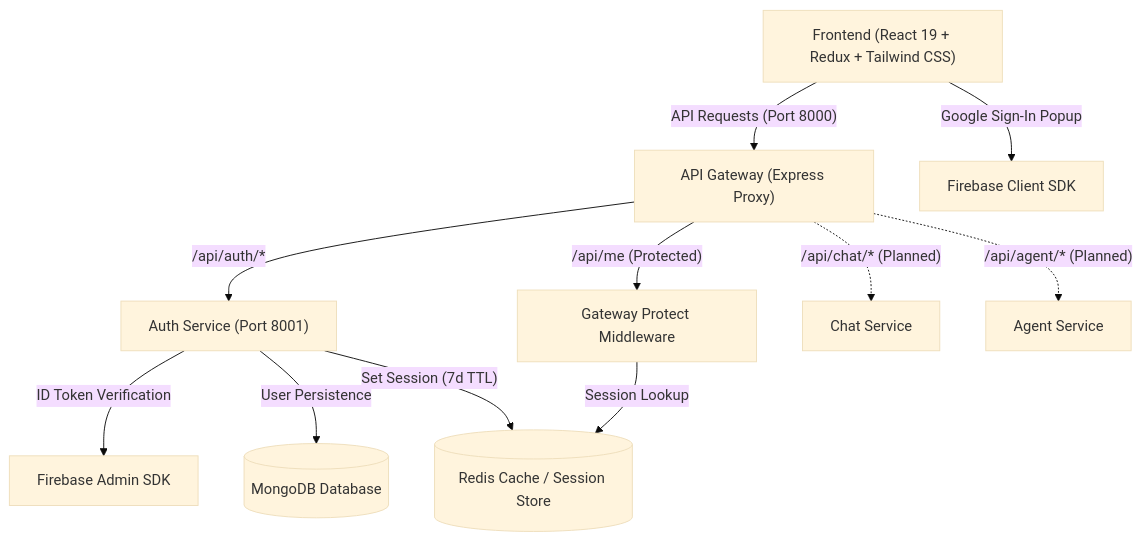
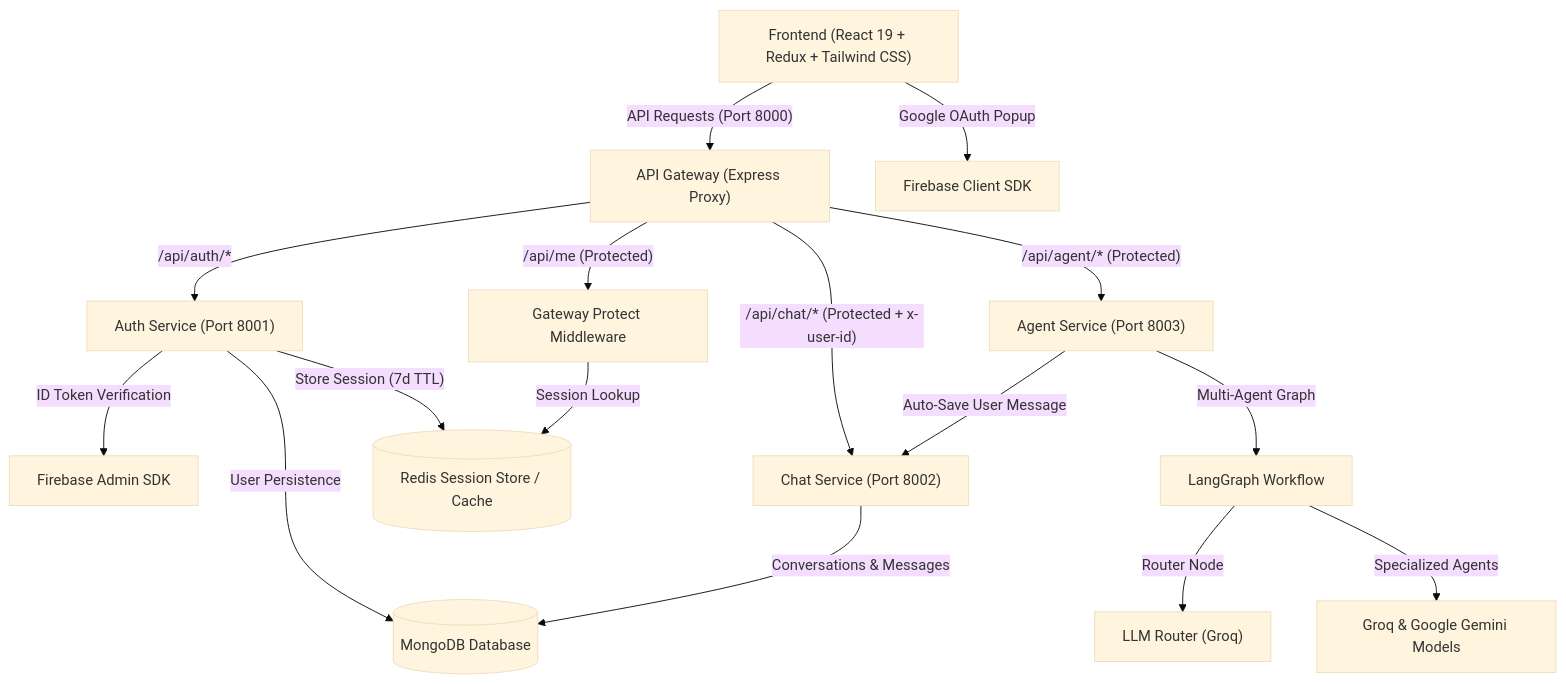
The first of 2 diagrams in README.md (Rahul-g-7/cortex_ai), drawn with Mermaid (base theme) before and after one commit. The commit also changed other lines of this file, not shown here.

Commit message:
docs: update README with LangGraph multi-agent architecture and microservices details

````diff
--- a/README.md
+++ b/README.md
@@ -17,16 +19,25 @@
 ```mermaid
 graph TD
     Client["Frontend (React 19 + Redux + Tailwind CSS)"] -->|"API Requests (Port 8000)"| Gateway["API Gateway (Express Proxy)"]
-    
+
     Gateway -->|"/api/auth/*"| AuthService["Auth Service (Port 8001)"]
     Gateway -->|"/api/me (Protected)"| GatewayAuth["Gateway Protect Middleware"]
-    Gateway -.->|"/api/chat/* (Planned)"| ChatService["Chat Service"]
-    Gateway -.->|"/api/agent/* (Planned)"| AgentService["Agent Service"]
+    Gateway -->|"/api/chat/* (Protected + x-user-id)"| ChatService["Chat Service (Port 8002)"]
+    Gateway -->|"/api/agent/* (Protected)"| AgentService["Agent Service (Port 8003)"]
 
-    GatewayAuth -->|"Session Lookup"| Redis[("Redis Cache / Session Store")]
+    GatewayAuth -->|"Session Lookup"| Redis[("Redis Session Store / Cache")]
+    
     AuthService -->|"ID Token Verification"| Firebase["Firebase Admin SDK"]
     AuthService -->|"User Persistence"| MongoDB[("MongoDB Database")]
-    AuthService -->|"Set Session (7d TTL)"| Redis
+    AuthService -->|"Store Session (7d TTL)"| Redis
 
-    Client -->|"Google Sign-In Popup"| GoogleAuth["Firebase Client SDK"]
+    ChatService -->|"Conversations & Messages"| MongoDB
+
+    AgentService -->|"Auto-Save User Message"| ChatService
+    AgentService -->|"Multi-Agent Graph"| LangGraph["LangGraph Workflow"]
+    
+    LangGraph -->|"Router Node"| LLM_Router["LLM Router (Groq)"]
+    LangGraph -->|"Specialized Agents"| LLMs["Groq & Google Gemini Models"]
+
+    Client -->|"Google OAuth Popup"| GoogleAuth["Firebase Client SDK"]
 ```
````
